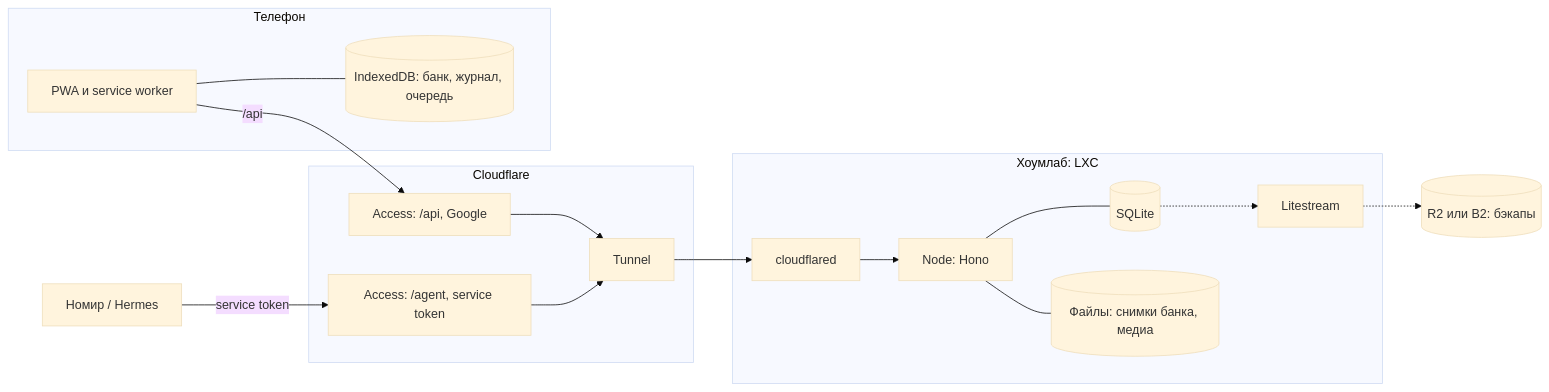
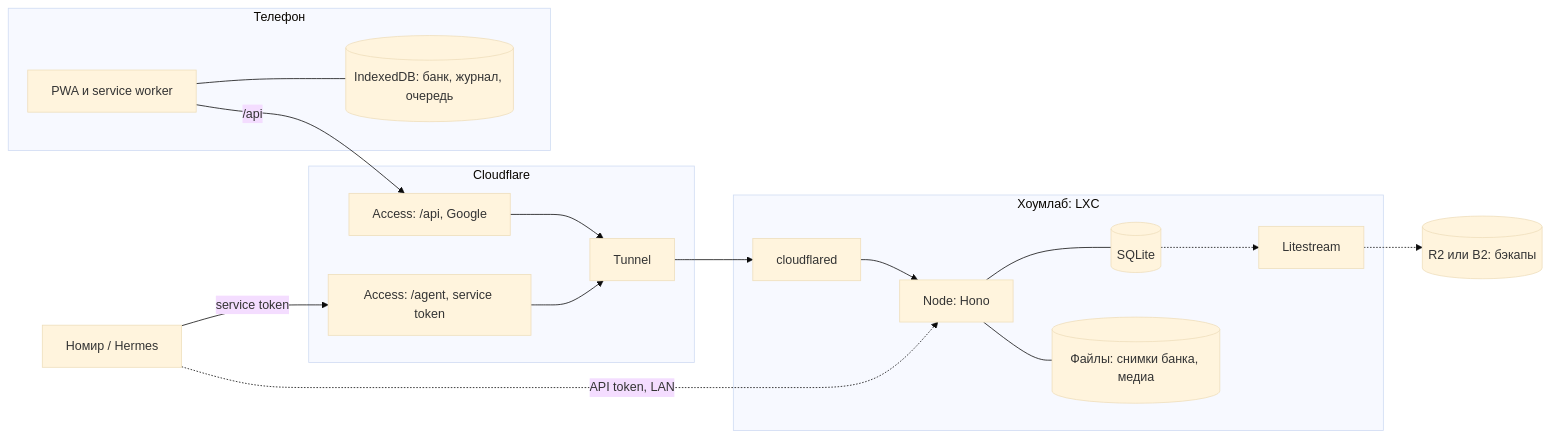
One commit to dmgening/de-trainer changed the diagram in docs/tech-spec.md. Above: the diagram before and after it, drawn with Mermaid (base theme). The commit also changed other lines of this file and 16 other files, not shown here.

First line of the commit message:
agent: let Nomir sign in with an API token instead of Cloudflare

````diff
--- a/docs/tech-spec.md
+++ b/docs/tech-spec.md
@@ -28,23 +28,24 @@
 ```mermaid
 flowchart LR
   subgraph Device[Телефон]
     PWA[PWA и service worker] --- IDB[(IndexedDB: банк, журнал, очередь)]
   end
   Nomir[Номир / Hermes]
   subgraph CF[Cloudflare]
     A1[Access: /api, Google]
     A2[Access: /agent, service token]
     T[Tunnel]
   end
   subgraph Home[Хоумлаб: LXC]
     C[cloudflared] --> S[Node: Hono]
     S --- DB[(SQLite)]
     S --- FS[(Файлы: снимки банка, медиа)]
     L[Litestream]
   end
   Off[(R2 или B2: бэкапы)]
   PWA -->|/api| A1 --> T
   Nomir -->|service token| A2 --> T
+  Nomir -.->|API token, LAN| S
   T --> C
   DB -.-> L -.-> Off
 ```
````
